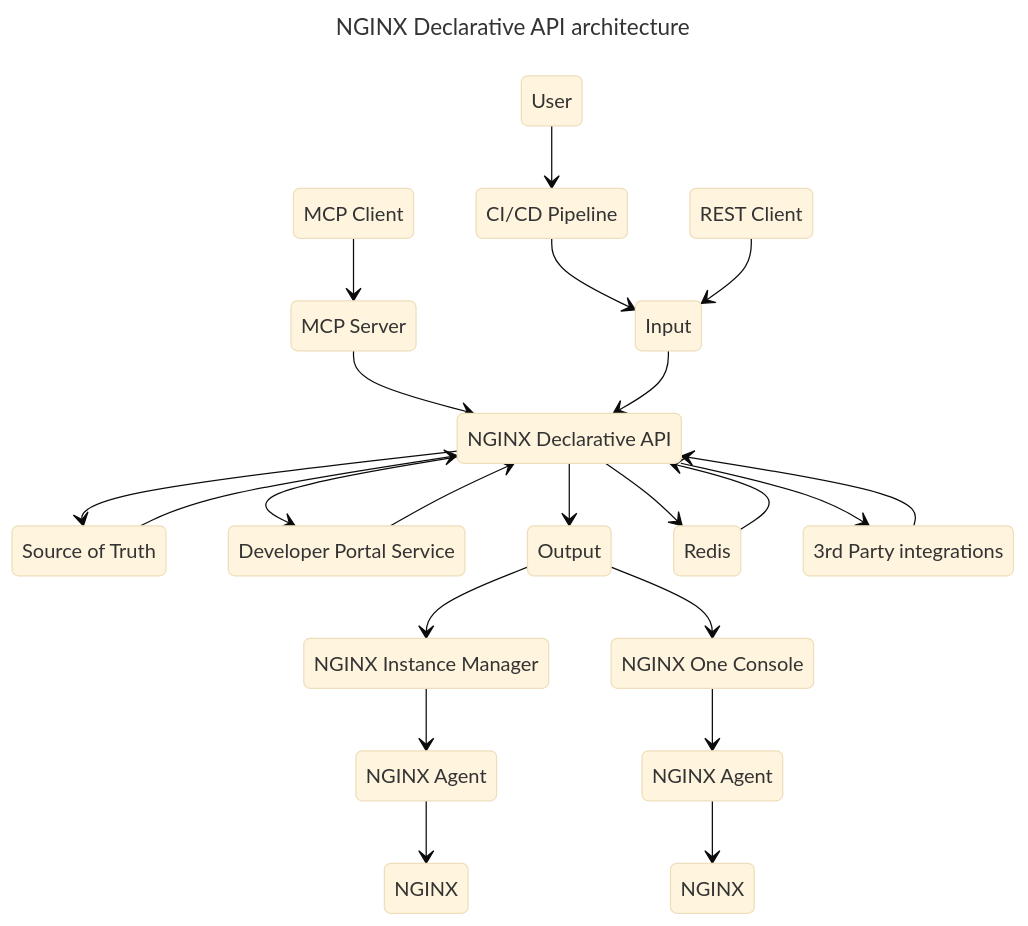
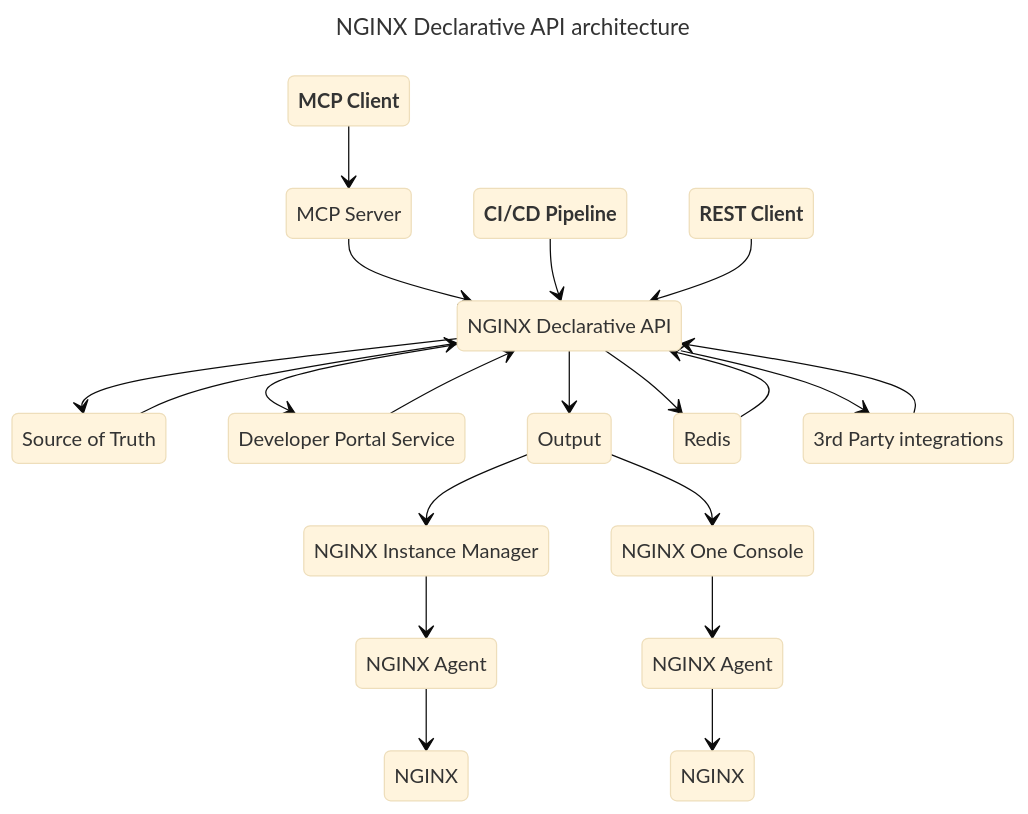
Before and after one commit to f5devcentral/NGINX-Declarative-API: the first of 3 diagrams in README.md, drawn with Mermaid (base theme).

Commit message:
README updated

````diff
--- a/README.md
+++ b/README.md
@@ -59,46 +59,42 @@
 ```mermaid
 ---
 title: NGINX Declarative API architecture
 ---
 stateDiagram-v2
-    DevOps: User
-    Client: REST Client
-    Pipeline: CI/CD Pipeline
+    Client: **REST Client**
+    Pipeline: **CI/CD Pipeline**
     NIM: NGINX Instance Manager
     N1: NGINX One Console
     AGENT1: NGINX Agent
     NGINX1: NGINX
     AGENT2: NGINX Agent
     NGINX2: NGINX
-    INPUT: Input
     SOT: Source of Truth
     NDAPI: NGINX Declarative API
     DEVP: Developer Portal Service
     OUTPUT: Output
     REDIS: Redis
     3RDPARTY: 3rd Party integrations
     MCP: MCP Server
-    MCPC: MCP Client
+    MCPC: **MCP Client**
 
     MCPC --> MCP
     MCP --> NDAPI
-    DevOps --> Pipeline
-    Pipeline --> INPUT
-    Client --> INPUT
-    INPUT --> NDAPI
+    Pipeline --> NDAPI
+    Client --> NDAPI
     NDAPI --> OUTPUT
     NDAPI --> SOT
     SOT --> NDAPI
     NDAPI --> 3RDPARTY
     3RDPARTY --> NDAPI
     NDAPI --> REDIS
     REDIS --> NDAPI
     OUTPUT --> NIM
     OUTPUT --> N1
     NDAPI --> DEVP
     DEVP --> NDAPI
     NIM --> AGENT1
     AGENT1 --> NGINX1
     N1 --> AGENT2
     AGENT2 --> NGINX2
 ```
````
